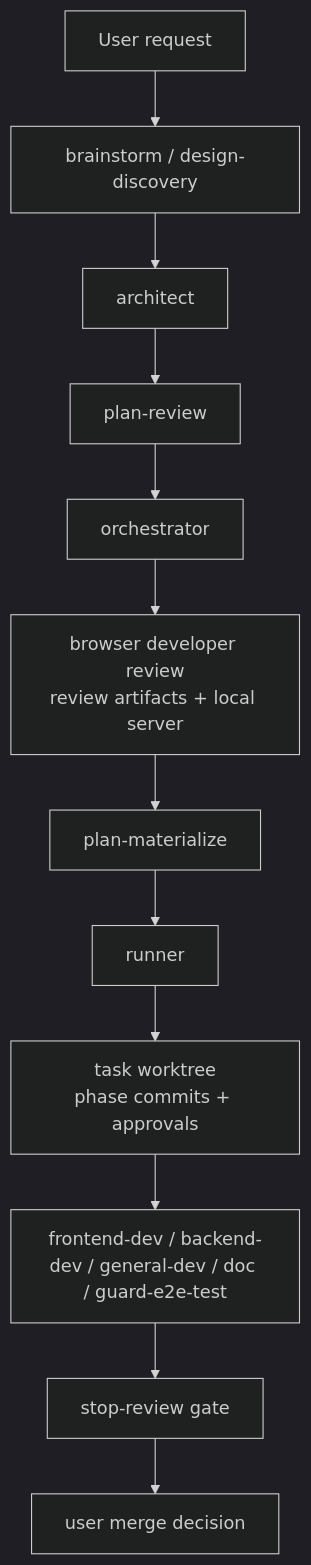
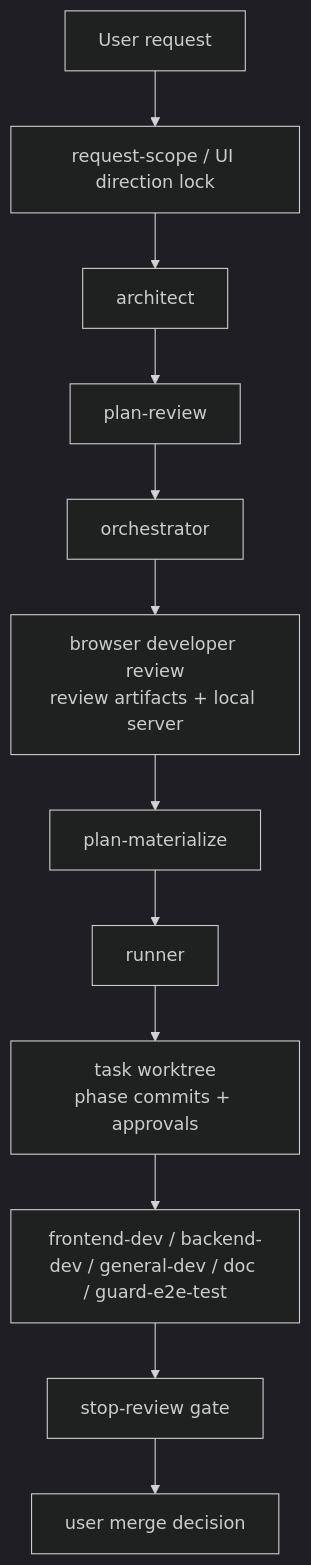
The tenth of 14 diagrams in docs/claude-code-workflow-evolution.md (SeoJaeWan/try-claude-code), drawn with Mermaid (dark theme) before and after one commit. The commit also changed other lines of this file and 9 other files, not shown here.

````diff
--- a/docs/claude-code-workflow-evolution.md
+++ b/docs/claude-code-workflow-evolution.md
@@ -492,17 +492,17 @@
 ```mermaid
 flowchart TD
     U["User request"]
-    LOCK["brainstorm / design-discovery"]
+    LOCK["request-scope / UI direction lock"]
     ARCH["architect"]
     REVIEW["plan-review"]
     ORCH["orchestrator"]
     DEVREV["browser developer review<br/>review artifacts + local server"]
     MAT["plan-materialize"]
     RUN["runner"]
     WT["task worktree<br/>phase commits + approvals"]
     EXEC["frontend-dev / backend-dev / general-dev / doc / guard-e2e-test"]
     STOP["stop-review gate"]
     MERGE["user merge decision"]
 
     U --> LOCK --> ARCH --> REVIEW --> ORCH --> DEVREV --> MAT --> RUN --> WT --> EXEC --> STOP --> MERGE
 ```
````
